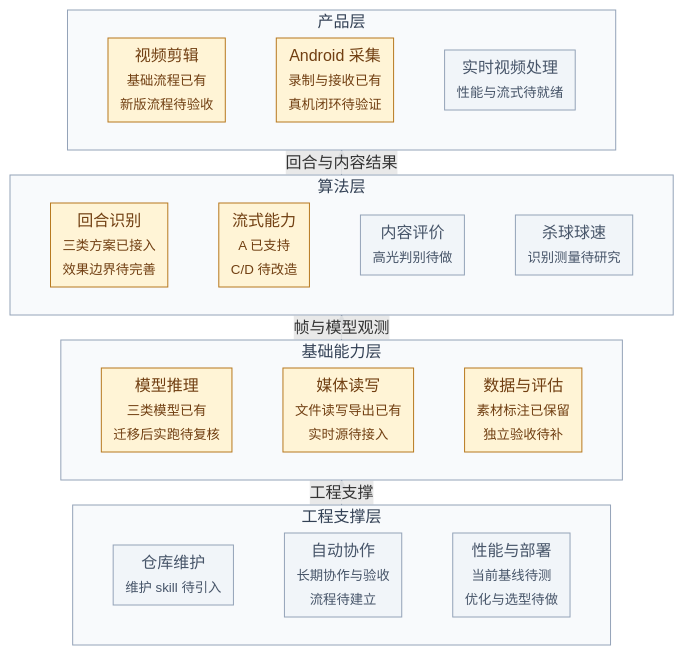
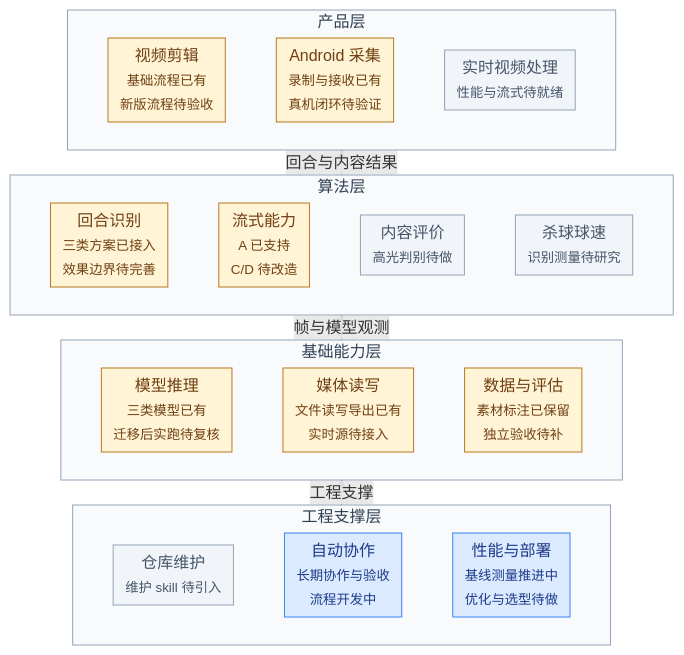
Before and after one commit to benb365/smash-suite: the first of 2 diagrams in docs/plan/roadmap.md, drawn with Mermaid. The commit also changed other lines of this file and 1 other file, not shown here.

Commit message:
docs: align roadmap dependencies and active tasks

````diff
--- a/docs/plan/roadmap.md
+++ b/docs/plan/roadmap.md
@@ -16,62 +16,64 @@
 ```mermaid
 %%{init: {"flowchart": {"useMaxWidth": true, "nodeSpacing": 10, "rankSpacing": 1, "padding": 6, "diagramPadding": 8}}}%%
 flowchart BT
   subgraph products["产品层"]
     subgraph productRow[" "]
     direction LR
     clip["视频剪辑<br/><small>基础流程已有<br/>新版流程待验收</small>"]
     capture["Android 采集<br/><small>录制与接收已有<br/>真机闭环待验证</small>"]
     live["实时视频处理<br/><small>性能与流式待就绪</small>"]
     clip ~~~ capture ~~~ live
     end
   end
 
   subgraph algorithms["算法层"]
     subgraph algorithmRow[" "]
     direction LR
     rally["回合识别<br/><small>三类方案已接入<br/>效果边界待完善</small>"]
     stream["流式能力<br/><small>A 已支持<br/>C/D 待改造</small>"]
     content["内容评价<br/><small>高光判别待做</small>"]
     speed["杀球球速<br/><small>识别测量待研究</small>"]
     rally ~~~ stream ~~~ content ~~~ speed
     end
   end
 
   subgraph foundation["基础能力层"]
     subgraph foundationRow[" "]
     direction LR
     models["模型推理<br/><small>三类模型已有<br/>迁移后实跑待复核</small>"]
     media["媒体读写<br/><small>文件读写导出已有<br/>实时源待接入</small>"]
     data["数据与评估<br/><small>素材标注已保留<br/>独立验收待补</small>"]
     models ~~~ media ~~~ data
     end
   end
 
   subgraph engineering["工程支撑层"]
     subgraph engineeringRow[" "]
     direction LR
     maintenance["仓库维护<br/><small>维护 skill 待引入</small>"]
-    workflow["自动协作<br/><small>长期协作与验收<br/>流程待建立</small>"]
-    performance["性能与部署<br/><small>当前基线待测<br/>优化与选型待做</small>"]
+    workflow["自动协作<br/><small>长期协作与验收<br/>流程开发中</small>"]
+    performance["性能与部署<br/><small>基线测量推进中<br/>优化与选型待做</small>"]
     maintenance ~~~ workflow ~~~ performance
     end
   end
 
   engineering -. 工程支撑 .-> foundation
   foundation -->|帧与模型观测| algorithms
   algorithms -->|回合与内容结果| products
 
   classDef partial fill:#fff4d6,stroke:#b7791f,color:#713f12
   classDef pending fill:#f1f5f9,stroke:#94a3b8,color:#475569
+  classDef active fill:#dbeafe,stroke:#3b82f6,color:#1e3a8a
   class clip,capture,rally,stream,models,media,data partial
-  class live,content,speed,maintenance,workflow,performance pending
+  class live,content,speed,maintenance pending
+  class workflow,performance active
   style products fill:#f8fafc,stroke:#94a3b8,color:#334155
   style algorithms fill:#f8fafc,stroke:#94a3b8,color:#334155
   style foundation fill:#f8fafc,stroke:#94a3b8,color:#334155
   style engineering fill:#f8fafc,stroke:#94a3b8,color:#334155
   style productRow fill:transparent,stroke:transparent
   style algorithmRow fill:transparent,stroke:transparent
   style foundationRow fill:transparent,stroke:transparent
   style engineeringRow fill:transparent,stroke:transparent
   linkStyle default stroke:#64748b
 ```
````
